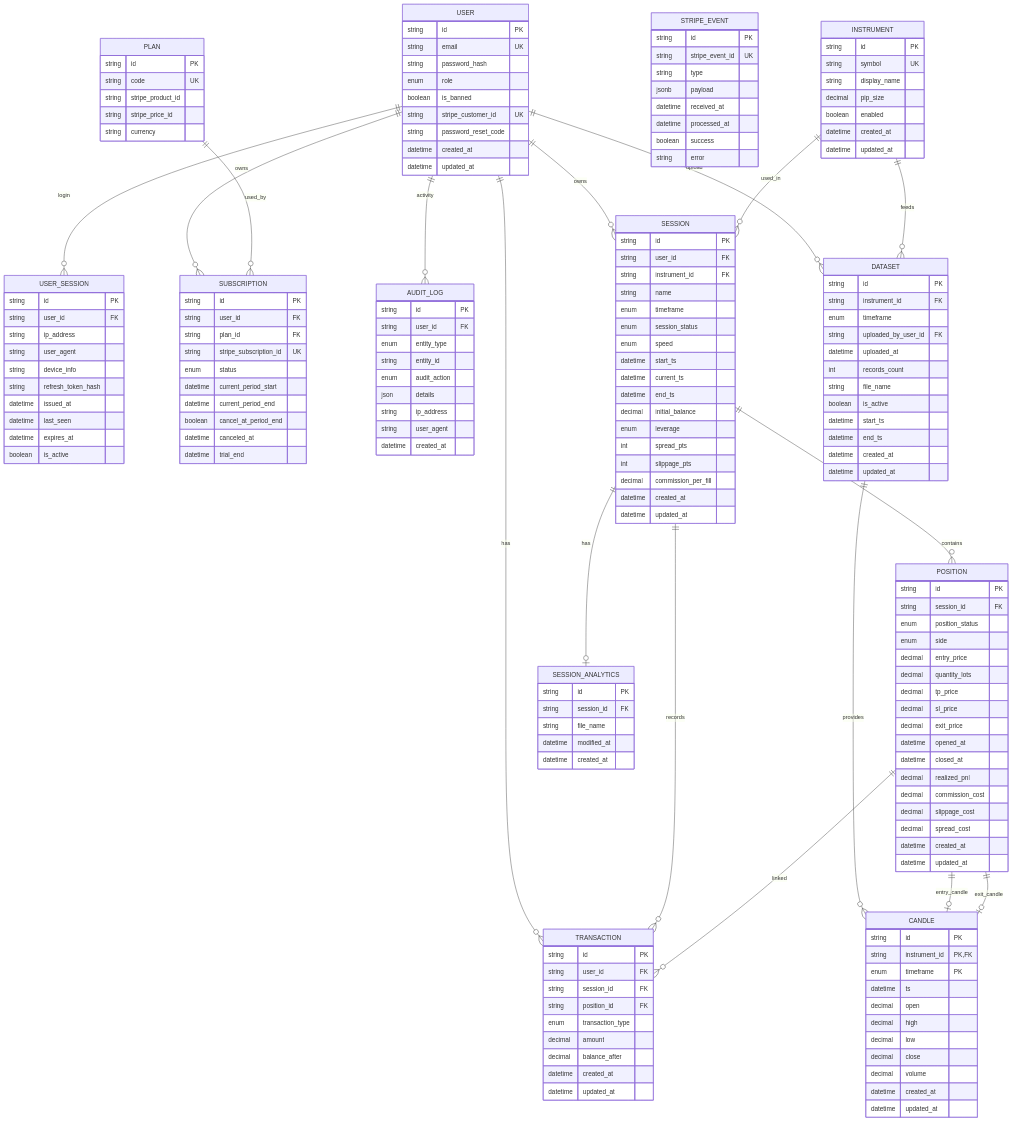
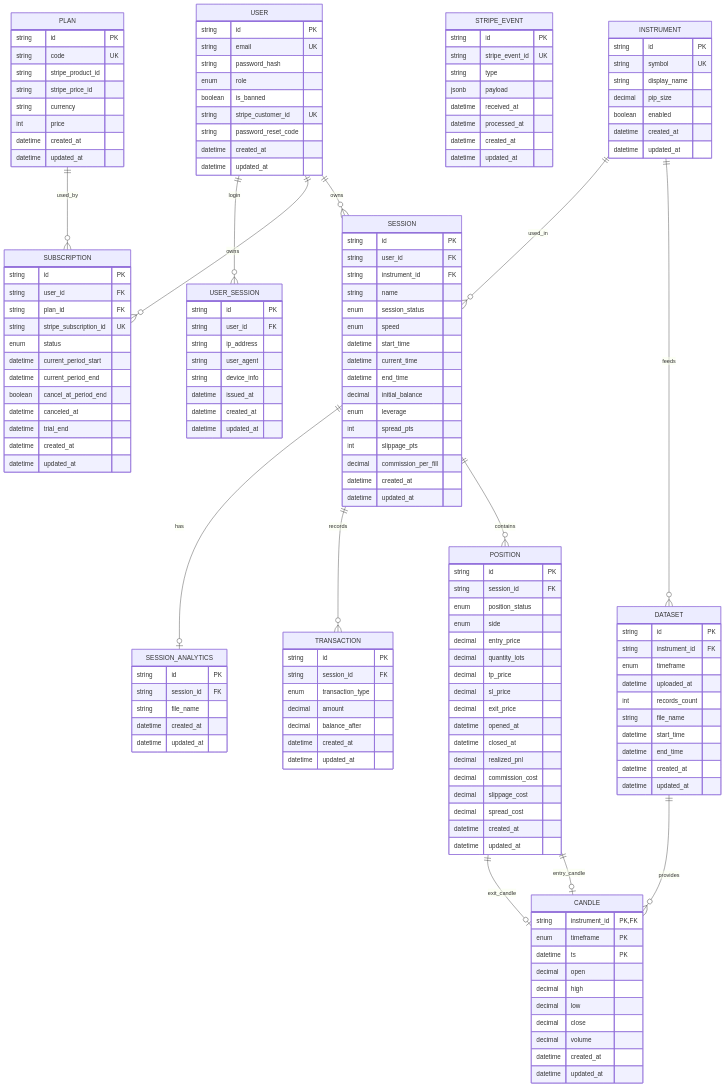
One commit to DamienReichhart/BackTrade changed the diagram in documentation/db/er-diagram.mmd. Above: the diagram before and after it, drawn with Mermaid. The commit also changed 56 other files, not shown here.

```diff
--- a/documentation/db/er-diagram.mmd
+++ b/documentation/db/er-diagram.mmd
@@ -10,8 +10,6 @@
     %% speed: 0.5x | 1x | 2x | 3x | 5x | 10x | 15x
     %% leverage: 1x | 50x | 100x | 200x | 500x | 1000x
     %% transaction_type: DEPOSIT | WITHDRAWAL | COMMISSION | PNL | SLIPPAGE | SPREAD | ADJUSTMENT
-    %% entity_type: USER | SESSION | TRANSACTION | SUBSCRIPTION | POSITION
-    %% audit_action: CREATE | UPDATE | DELETE | LOGIN | LOGOUT | PASSWORD_CHANGE | ROLE_CHANGE | BAN | UNBAN
 
     USER {
       string id PK
@@ -31,11 +29,9 @@
       string ip_address
       string user_agent
       string device_info
-      string refresh_token_hash
       datetime issued_at
-      datetime last_seen
-      datetime expires_at
-      boolean is_active
+      datetime created_at
+      datetime updated_at
     }
 
     PLAN {
@@ -44,6 +40,9 @@
       string stripe_product_id
       string stripe_price_id
       string currency
+      int price
+      datetime created_at
+      datetime updated_at
     }
 
     SUBSCRIPTION {
@@ -57,6 +56,8 @@
       boolean cancel_at_period_end
       datetime canceled_at
       datetime trial_end
+      datetime created_at
+      datetime updated_at
     }
 
     STRIPE_EVENT {
@@ -66,20 +67,8 @@
       jsonb payload
       datetime received_at
       datetime processed_at
-      boolean success
-      string error
-    }
-
-    AUDIT_LOG {
-      string id PK
-      string user_id FK
-      enum entity_type
-      string entity_id
-      enum audit_action
-      json details
-      string ip_address
-      string user_agent
       datetime created_at
+      datetime updated_at
     }
 
     INSTRUMENT {
@@ -96,22 +85,19 @@
       string id PK
       string instrument_id FK
       enum timeframe
-      string uploaded_by_user_id FK
       datetime uploaded_at
       int records_count
       string file_name
-      boolean is_active
-      datetime start_ts
-      datetime end_ts
+      datetime start_time
+      datetime end_time
       datetime created_at
       datetime updated_at
     }
 
     CANDLE {
-      string id PK
       string instrument_id PK, FK
       enum timeframe PK
-      datetime ts
+      datetime ts PK
       decimal open
       decimal high
       decimal low
@@ -126,12 +112,11 @@
       string user_id FK
       string instrument_id FK
       string name
-      enum timeframe
       enum session_status
       enum speed
-      datetime start_ts
-      datetime current_ts
-      datetime end_ts
+      datetime start_time
+      datetime current_time
+      datetime end_time
       decimal initial_balance
       enum leverage
       int spread_pts
@@ -163,9 +148,7 @@
 
     TRANSACTION {
       string id PK
-      string user_id FK
       string session_id FK
-      string position_id FK
       enum transaction_type
       decimal amount
       decimal balance_after
@@ -177,8 +160,8 @@
       string id PK
       string session_id FK
       string file_name
-      datetime modified_at
       datetime created_at
+      datetime updated_at
     }
 
 
@@ -186,16 +169,12 @@
     USER ||--o{ SESSION : "owns"
     USER ||--o{ SUBSCRIPTION : "owns"
     PLAN ||--o{ SUBSCRIPTION : "used_by"
-    USER ||--o{ DATASET : "upload"
     INSTRUMENT ||--o{ DATASET : "feeds"
     INSTRUMENT ||--o{ SESSION : "used_in"
     SESSION ||--o{ POSITION : "contains"
     DATASET ||--o{ CANDLE : "provides"
-    USER ||--o{ TRANSACTION : "has"
     SESSION ||--o{ TRANSACTION : "records"
-    POSITION ||--o{ TRANSACTION : "linked"
     USER ||--o{ USER_SESSION : "login"
     POSITION ||--o| CANDLE : "entry_candle"
     POSITION ||--o| CANDLE : "exit_candle"
-    USER ||--o{ AUDIT_LOG : "activity"
     SESSION ||--o| SESSION_ANALYTICS : "has"
```
